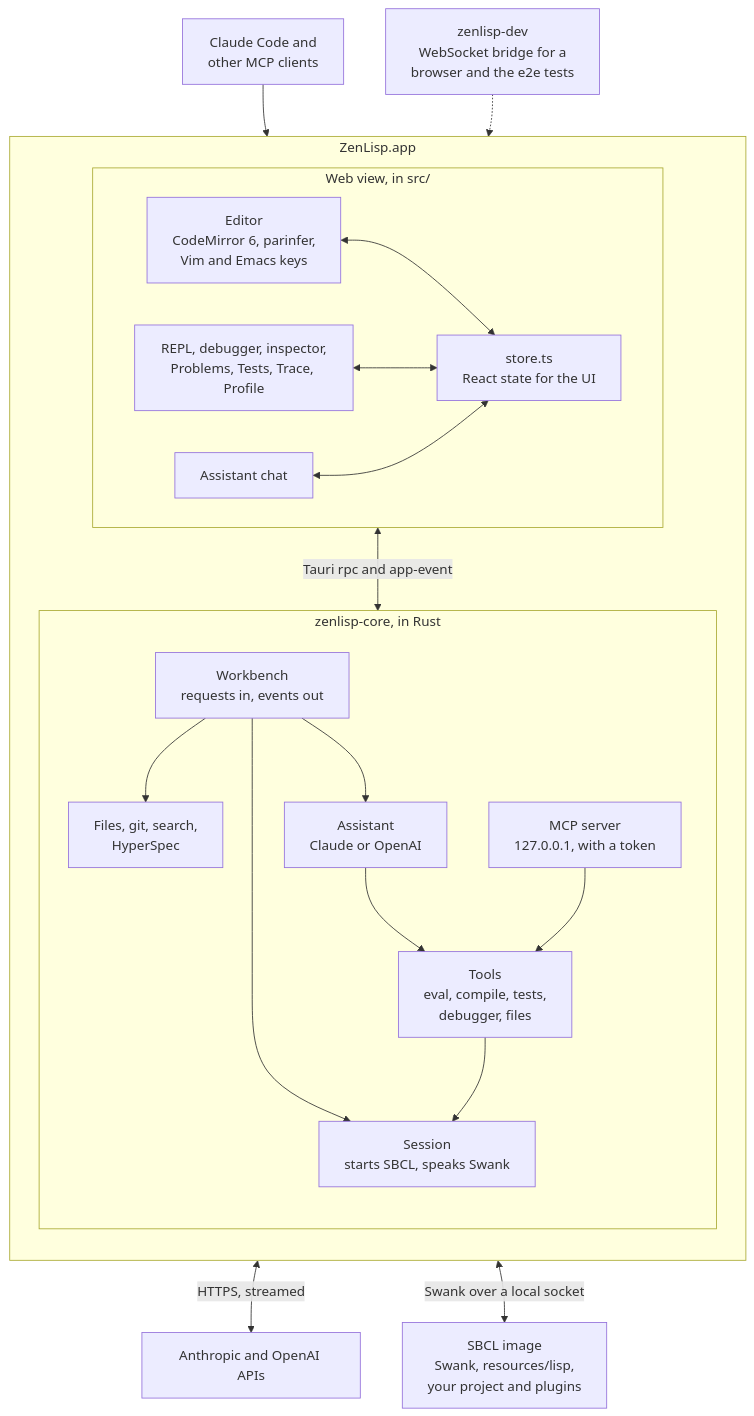
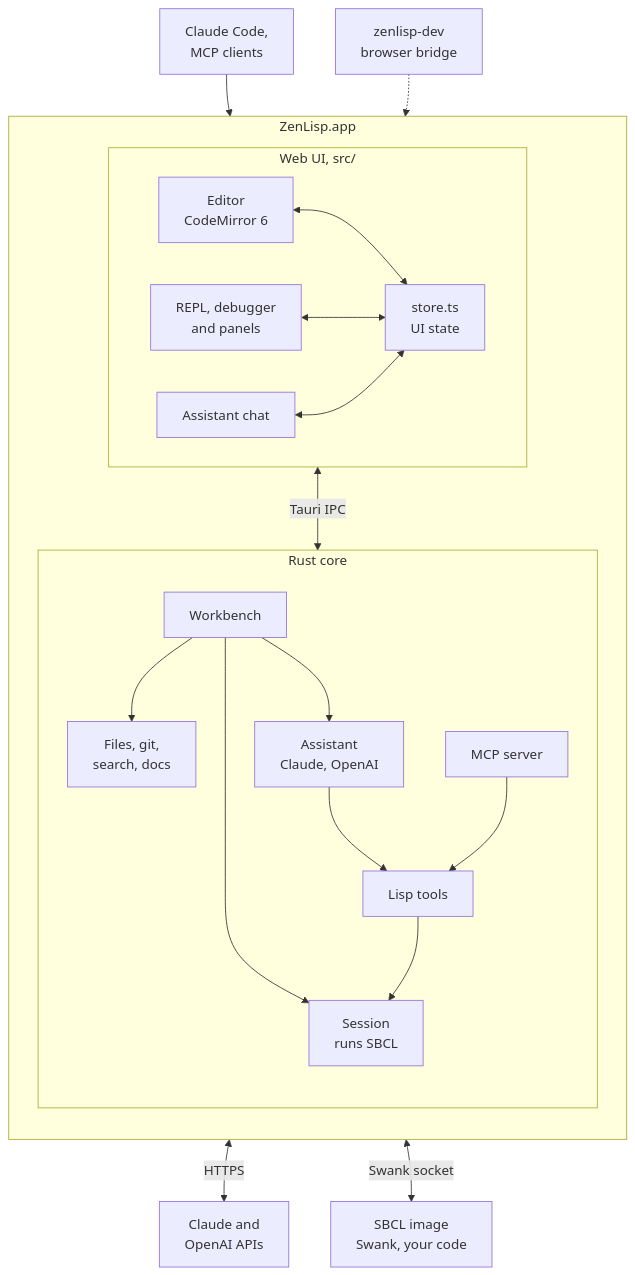
Before and after one commit to eric-zhu-2019/zenlisp: the diagram in README.md, drawn with Mermaid.

Commit message:
The architecture diagram uses short labels, so no box clips its text

````diff
--- a/README.md
+++ b/README.md
@@ -241,36 +241,36 @@
 ```mermaid
 flowchart TB
   subgraph app["ZenLisp.app"]
     direction TB
-    subgraph ui["Web view, in src/"]
+    subgraph ui["Web UI, src/"]
       direction LR
-      editor["Editor<br/>CodeMirror 6, parinfer,<br/>Vim and Emacs keys"]
-      panels["REPL, debugger, inspector,<br/>Problems, Tests, Trace, Profile"]
+      editor["Editor<br/>CodeMirror 6"]
+      panels["REPL, debugger<br/>and panels"]
       chat["Assistant chat"]
-      store["store.ts<br/>React state for the UI"]
+      store["store.ts<br/>UI state"]
       editor & panels & chat <--> store
     end
-    subgraph core["zenlisp-core, in Rust"]
+    subgraph core["Rust core"]
       direction TB
-      wb["Workbench<br/>requests in, events out"]
-      local["Files, git, search,<br/>HyperSpec"]
-      assistant["Assistant<br/>Claude or OpenAI"]
-      mcp["MCP server<br/>127.0.0.1, with a token"]
-      tools["Tools<br/>eval, compile, tests,<br/>debugger, files"]
-      session["Session<br/>starts SBCL, speaks Swank"]
+      wb["Workbench"]
+      local["Files, git,<br/>search, docs"]
+      assistant["Assistant<br/>Claude, OpenAI"]
+      mcp["MCP server"]
+      tools["Lisp tools"]
+      session["Session<br/>runs SBCL"]
       wb --> local & assistant & session
       assistant --> tools
       mcp --> tools
       tools --> session
     end
-    store <-- "Tauri rpc and app-event" --> wb
+    store <-- "Tauri IPC" --> wb
   end
-  apis["Anthropic and OpenAI APIs"]
-  agents["Claude Code and<br/>other MCP clients"]
-  sbcl["SBCL image<br/>Swank, resources/lisp,<br/>your project and plugins"]
-  dev["zenlisp-dev<br/>WebSocket bridge for a<br/>browser and the e2e tests"]
-  assistant <-- "HTTPS, streamed" --> apis
+  apis["Claude and<br/>OpenAI APIs"]
+  agents["Claude Code,<br/>MCP clients"]
+  sbcl["SBCL image<br/>Swank, your code"]
+  dev["zenlisp-dev<br/>browser bridge"]
+  assistant <-- "HTTPS" --> apis
   agents --> mcp
-  session <-- "Swank over a local socket" --> sbcl
+  session <-- "Swank socket" --> sbcl
   dev -.-> wb
 ```
````
